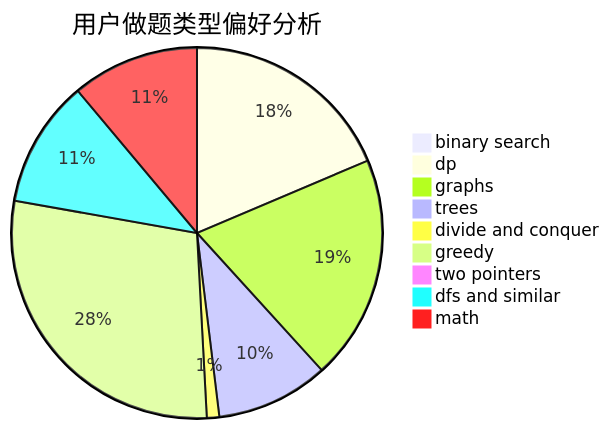
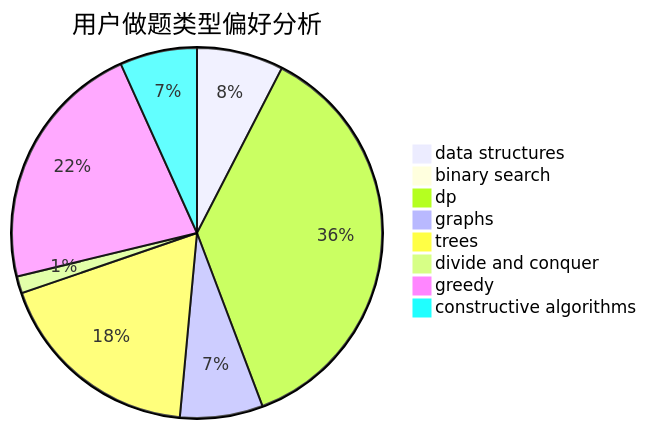
The second of 3 diagrams in docs/user/u1096.md (sherpahu/cfrs.github.io), drawn with Mermaid before and after one commit. The commit also changed other lines of this file and 2775 other files, not shown here.

````diff
--- a/docs/user/u1096.md
+++ b/docs/user/u1096.md
@@ -23,12 +23,11 @@
 ```mermaid
 pie title 用户做题类型偏好分析
+    "data structures" :  46
     "binary search" :  3
-    "dp" :  275
-    "graphs" :  290
-    "trees" :  145
-    "divide and conquer" :  16
-    "greedy" :  423
-    "two pointers" :  14
-    "dfs and similar" :  164
-    "math" :  164
+    "dp" :  223
+    "graphs" :  44
+    "trees" :  111
+    "divide and conquer" :  9
+    "greedy" :  134
+    "constructive algorithms" :  41
 ```
````
